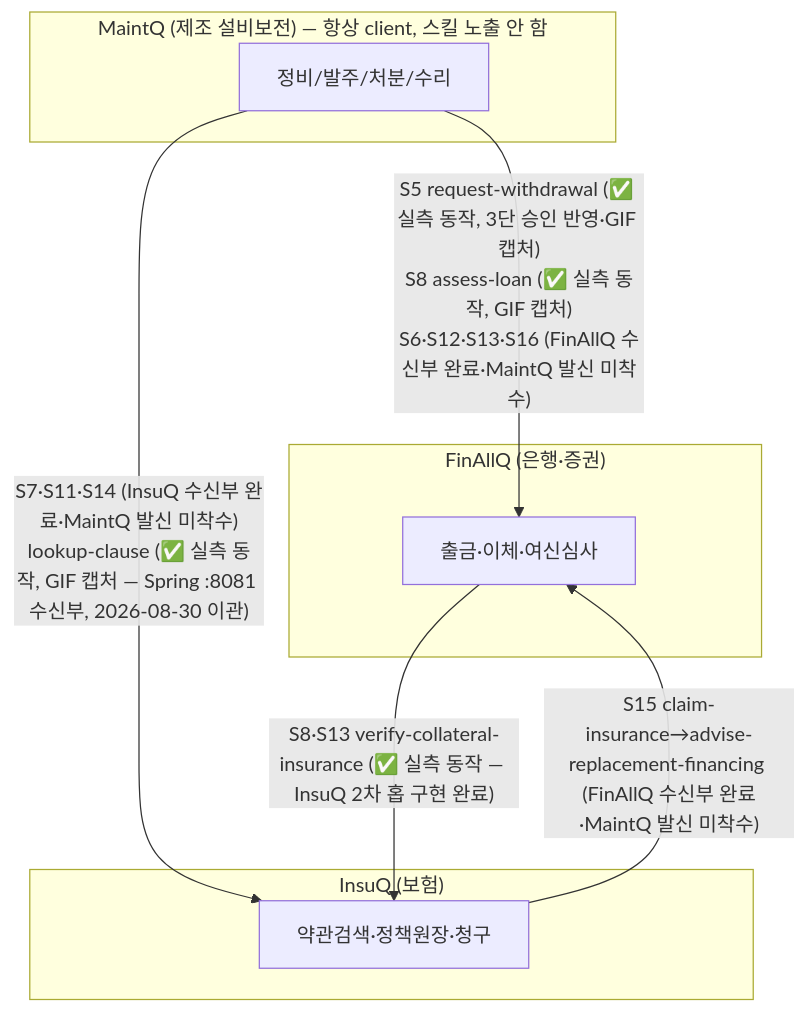
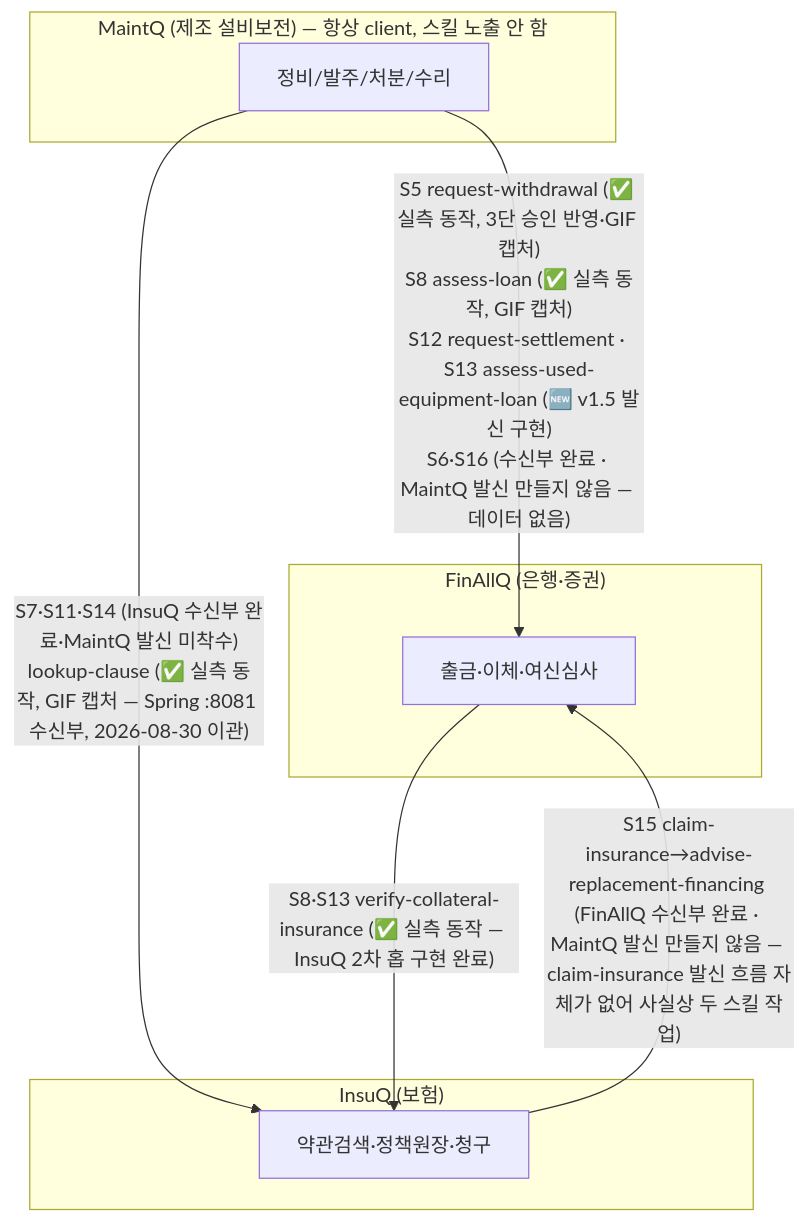
One commit to ttogle918/QMesh changed the first of 8 diagrams in A2A_DIAGRAMS.md. Above: the diagram before and after it, drawn with Mermaid. The commit also changed other lines of this file, not shown here.

First line of the commit message:
docs: A2A_DIAGRAMS §⑦ — MaintQ 발신 3종 → 5종 (S12·S13)

````diff
--- a/A2A_DIAGRAMS.md
+++ b/A2A_DIAGRAMS.md
@@ -123,17 +128,17 @@
 ```mermaid
 flowchart TD
     subgraph MAINTQ ["MaintQ (제조 설비보전) — 항상 client, 스킬 노출 안 함"]
         M["정비/발주/처분/수리"]
     end
     subgraph FINALLQ ["FinAllQ (은행·증권)"]
         F["출금·이체·여신심사"]
     end
     subgraph INSUQ ["InsuQ (보험)"]
         I["약관검색·정책원장·청구"]
     end
 
-    M -- "S5 request-withdrawal (✅ 실측 동작, 3단 승인 반영·GIF 캡처)<br>S8 assess-loan (✅ 실측 동작, GIF 캡처)<br>S6·S12·S13·S16 (FinAllQ 수신부 완료·MaintQ 발신 미착수)" --> F
+    M -- "S5 request-withdrawal (✅ 실측 동작, 3단 승인 반영·GIF 캡처)<br>S8 assess-loan (✅ 실측 동작, GIF 캡처)<br>S12 request-settlement · S13 assess-used-equipment-loan (🆕 v1.5 발신 구현)<br>S6·S16 (수신부 완료 · MaintQ 발신 만들지 않음 — 데이터 없음)" --> F
     M -- "S7·S11·S14 (InsuQ 수신부 완료·MaintQ 발신 미착수)<br>lookup-clause (✅ 실측 동작, GIF 캡처 — Spring :8081 수신부, 2026-08-30 이관)" --> I
     F -- "S8·S13 verify-collateral-insurance (✅ 실측 동작 — InsuQ 2차 홉 구현 완료)" --> I
-    I -- "S15 claim-insurance→advise-replacement-financing (FinAllQ 수신부 완료·MaintQ 발신 미착수)" --> F
+    I -- "S15 claim-insurance→advise-replacement-financing (FinAllQ 수신부 완료 · MaintQ 발신 만들지 않음 — claim-insurance 발신 흐름 자체가 없어 사실상 두 스킬 작업)" --> F
 ```
````
